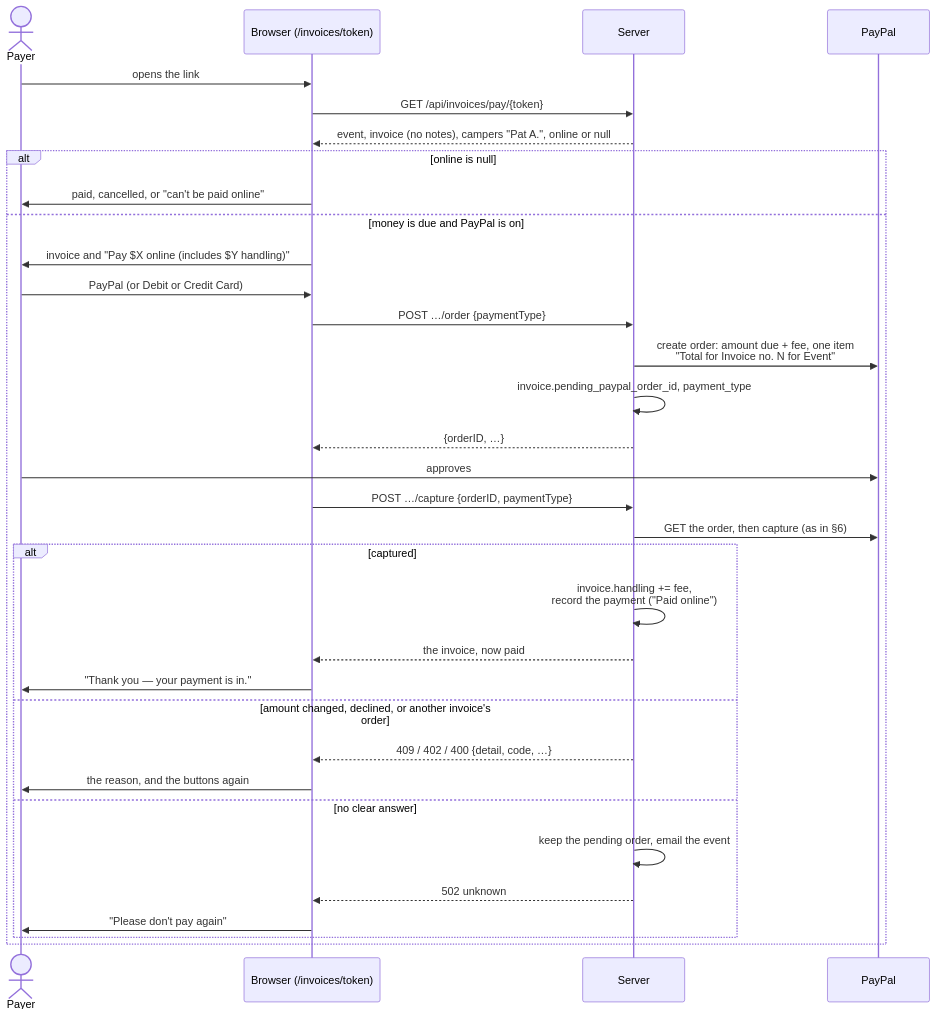
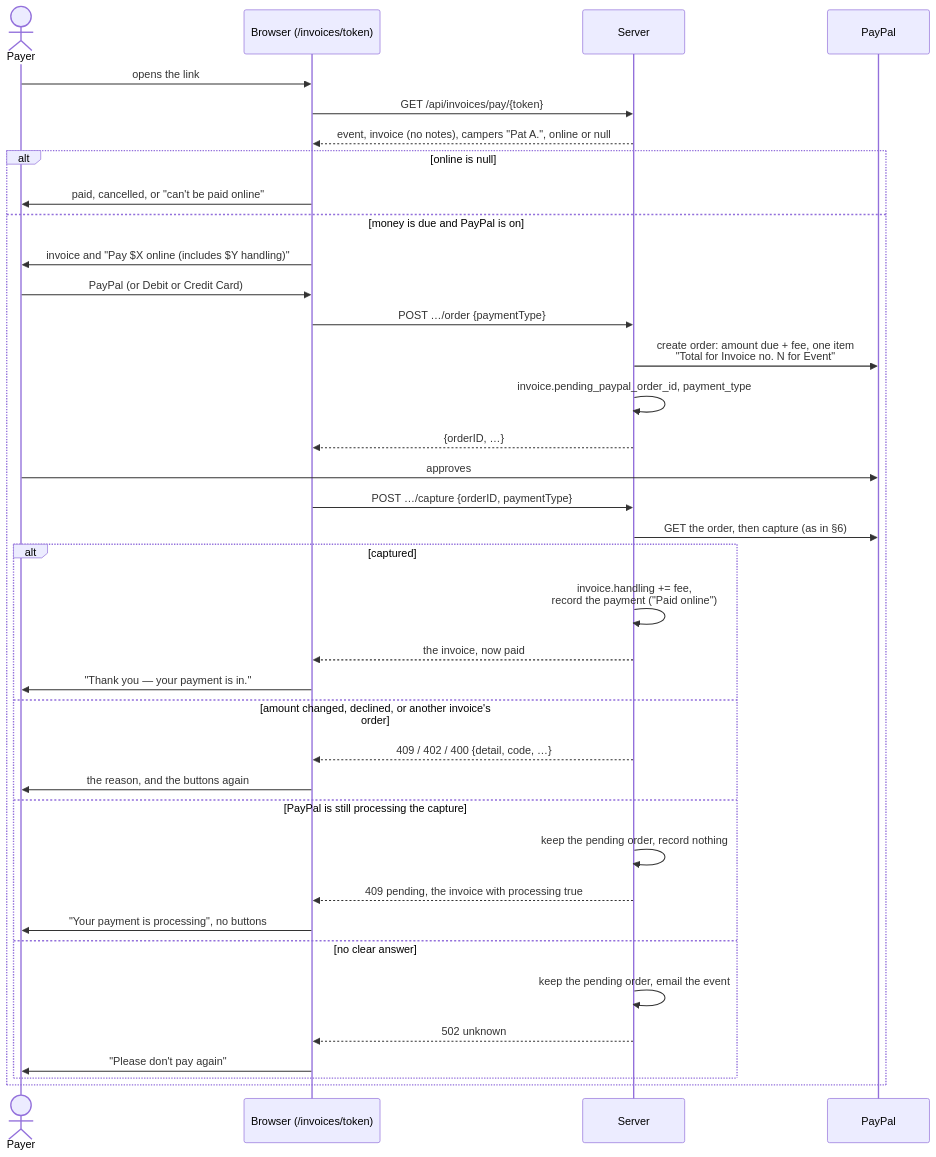
Before and after one commit to camphoric/camphoric: diagram 12 of 12 in doc/payments.md, drawn with Mermaid. The commit also changed other lines of this file and 29 other files, not shown here.

First line of the commit message:
fix(payments): don't book a pending PayPal capture as a payment

````diff
--- a/doc/payments.md
+++ b/doc/payments.md
@@ -657,35 +710,39 @@
 ```mermaid
 sequenceDiagram
     actor R as Payer
     participant B as Browser (/invoices/token)
     participant S as Server
     participant P as PayPal
     R->>B: opens the link
     B->>S: GET /api/invoices/pay/{token}
     S-->>B: event, invoice (no notes), campers "Pat A.", online or null
     alt online is null
         B->>R: paid, cancelled, or "can't be paid online"
     else money is due and PayPal is on
         B->>R: invoice and "Pay $X online (includes $Y handling)"
         R->>B: PayPal (or Debit or Credit Card)
         B->>S: POST …/order {paymentType}
         S->>P: create order: amount due + fee, one item<br/>"Total for Invoice no. N for Event"
         S->>S: invoice.pending_paypal_order_id, payment_type
         S-->>B: {orderID, …}
         R->>P: approves
         B->>S: POST …/capture {orderID, paymentType}
         S->>P: GET the order, then capture (as in §6)
         alt captured
             S->>S: invoice.handling += fee,<br/>record the payment ("Paid online")
             S-->>B: the invoice, now paid
             B->>R: "Thank you — your payment is in."
         else amount changed, declined, or another invoice's order
             S-->>B: 409 / 402 / 400 {detail, code, …}
             B->>R: the reason, and the buttons again
+        else PayPal is still processing the capture
+            S->>S: keep the pending order, record nothing
+            S-->>B: 409 pending, the invoice with processing true
+            B->>R: "Your payment is processing", no buttons
         else no clear answer
             S->>S: keep the pending order, email the event
             S-->>B: 502 unknown
             B->>R: "Please don't pay again"
         end
     end
 ```
````
